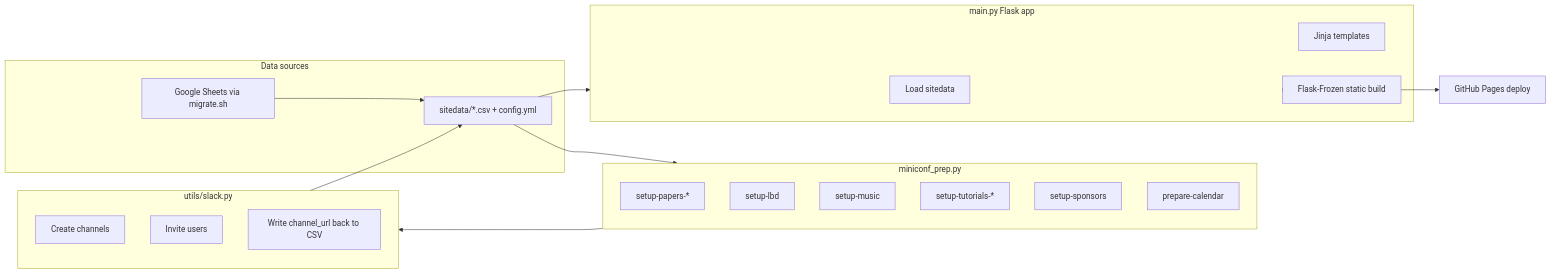
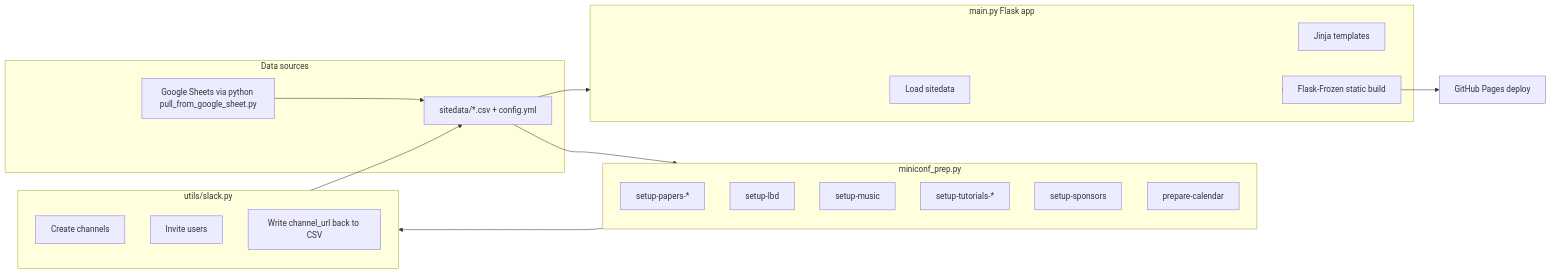
The diagram in docs/workflow.md (Daniel-Chin/ISMIR2026-Kit), drawn with Mermaid before and after one commit. The commit also changed other lines of this file and 9 other files, not shown here.

````diff
--- a/docs/workflow.md
+++ b/docs/workflow.md
@@ -18,36 +18,36 @@
 ```mermaid
 flowchart LR
     subgraph sources [Data sources]
-        GS[Google Sheets via migrate.sh]
+        GS[Google Sheets via python pull_from_google_sheet.py]
         CSV[sitedata/*.csv + config.yml]
     end
 
     subgraph prep [miniconf_prep.py]
         PAPERS[setup-papers-*]
         LBD[setup-lbd]
         MUSIC[setup-music]
         TUT[setup-tutorials-*]
         SPON[setup-sponsors]
         CAL[prepare-calendar]
     end
 
     subgraph slack [utils/slack.py]
         CREATE[Create channels]
         INVITE[Invite users]
         LINKS[Write channel_url back to CSV]
     end
 
     subgraph site [main.py Flask app]
         LOAD[Load sitedata]
         RENDER[Jinja templates]
         FREEZE[Flask-Frozen static build]
     end
 
     GS --> CSV
     CSV --> prep
     prep --> slack
     slack --> CSV
     CSV --> site
     site --> FREEZE
     FREEZE --> GH[GitHub Pages deploy]
 ```
````
